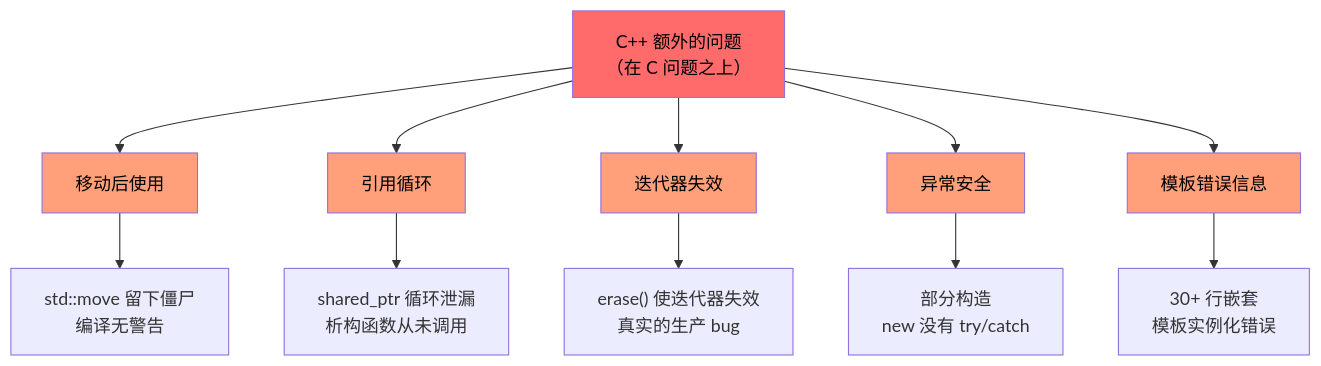
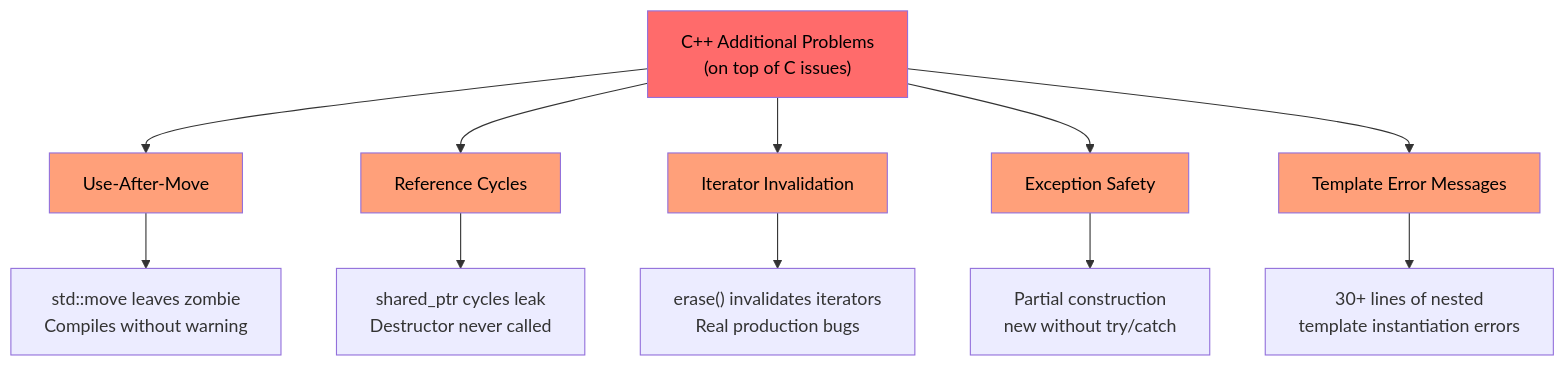
One commit to hex623/rust-training-zh changed the second of 3 diagrams in src/ch01-1-why-c-cpp-developers-need-rust.md. Above: the diagram before and after it, drawn with Mermaid. The commit also changed other lines of this file and 21 other files, not shown here.

````diff
--- a/src/ch01-1-why-c-cpp-developers-need-rust.md
+++ b/src/ch01-1-why-c-cpp-developers-need-rust.md
@@ -262,21 +262,21 @@
 ```mermaid
 graph TD
-    ROOT["C++ 额外的问题<br/>（在 C 问题之上）"] --> UAM["移动后使用"]
-    ROOT --> CYCLE["引用循环"]
-    ROOT --> ITER["迭代器失效"]
-    ROOT --> EXC["异常安全"]
-    ROOT --> TMPL["模板错误信息"]
+    ROOT["C++ Additional Problems<br/>(on top of C issues)"] --> UAM["Use-After-Move"]
+    ROOT --> CYCLE["Reference Cycles"]
+    ROOT --> ITER["Iterator Invalidation"]
+    ROOT --> EXC["Exception Safety"]
+    ROOT --> TMPL["Template Error Messages"]
 
-    UAM --> UAM1["std::move 留下僵尸<br/>编译无警告"]
-    CYCLE --> CYCLE1["shared_ptr 循环泄漏<br/>析构函数从未调用"]
-    ITER --> ITER1["erase() 使迭代器失效<br/>真实的生产 bug"]
-    EXC --> EXC1["部分构造<br/>new 没有 try/catch"]
-    TMPL --> TMPL1["30+ 行嵌套<br/>模板实例化错误"]
+    UAM --> UAM1["std::move leaves zombie<br/>Compiles without warning"]
+    CYCLE --> CYCLE1["shared_ptr cycles leak<br/>Destructor never called"]
+    ITER --> ITER1["erase() invalidates iterators<br/>Real production bugs"]
+    EXC --> EXC1["Partial construction<br/>new without try/catch"]
+    TMPL --> TMPL1["30+ lines of nested<br/>template instantiation errors"]
 
     style ROOT fill:#ff6b6b,color:#000
     style UAM fill:#ffa07a,color:#000
     style CYCLE fill:#ffa07a,color:#000
     style ITER fill:#ffa07a,color:#000
     style EXC fill:#ffa07a,color:#000
     style TMPL fill:#ffa07a,color:#000
 ```
````
